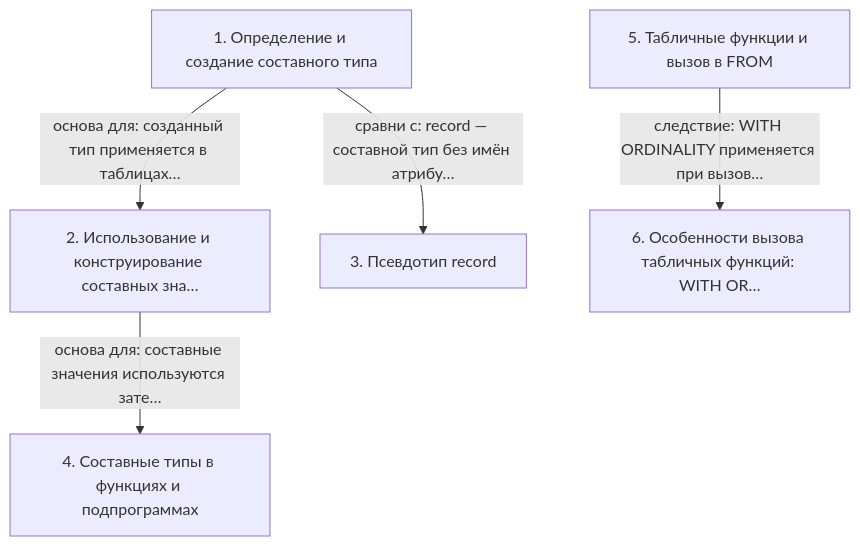
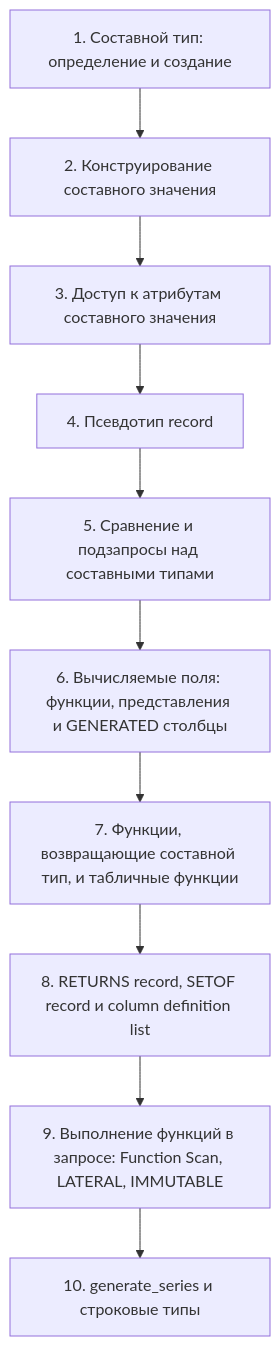
One commit to AsoloCode/notes changed the diagram in postgres-dev1/11 - DEV1-16. 10. Составные типы/notes.md. Above: the diagram before and after it, drawn with Mermaid. The commit also changed other lines of this file and 503 other files, not shown here.

First line of the commit message:
Обновить конспекты PostgreSQL (QPT-16, DEV1-16): слайды, схемы, факт-чек

````diff
--- a/postgres-dev1/11 - DEV1-16. 10. Составные типы/notes.md
+++ b/postgres-dev1/11 - DEV1-16. 10. Составные типы/notes.md
@@ -127,13 +369,22 @@
 ```mermaid
 flowchart TD
-    n1["1. Определение и создание составного типа"]
-    n2["2. Использование и конструирование составных зна…"]
-    n3["3. Псевдотип record"]
-    n4["4. Составные типы в функциях и подпрограммах"]
-    n5["5. Табличные функции и вызов в FROM"]
-    n6["6. Особенности вызова табличных функций: WITH OR…"]
-    n1 -->|основа для: созданный тип применяется в таблицах…| n2
-    n2 -->|основа для: составные значения используются зате…| n4
-    n1 -->|сравни с: record — составной тип без имён атрибу…| n3
-    n5 -->|следствие: WITH ORDINALITY применяется при вызов…| n6
+    n1["1. Составной тип: определение и создание"]
+    n2["2. Конструирование составного значения"]
+    n3["3. Доступ к атрибутам составного значения"]
+    n4["4. Псевдотип record"]
+    n5["5. Сравнение и подзапросы над составными типами"]
+    n6["6. Вычисляемые поля: функции, представления и GENERATED столбцы"]
+    n7["7. Функции, возвращающие составной тип, и табличные функции"]
+    n8["8. RETURNS record, SETOF record и column definition list"]
+    n9["9. Выполнение функций в запросе: Function Scan, LATERAL, IMMUTABLE"]
+    n10["10. generate_series и строковые типы"]
+    n1 --> n2
+    n2 --> n3
+    n3 --> n4
+    n4 --> n5
+    n5 --> n6
+    n6 --> n7
+    n7 --> n8
+    n8 --> n9
+    n9 --> n10
 ```
````
